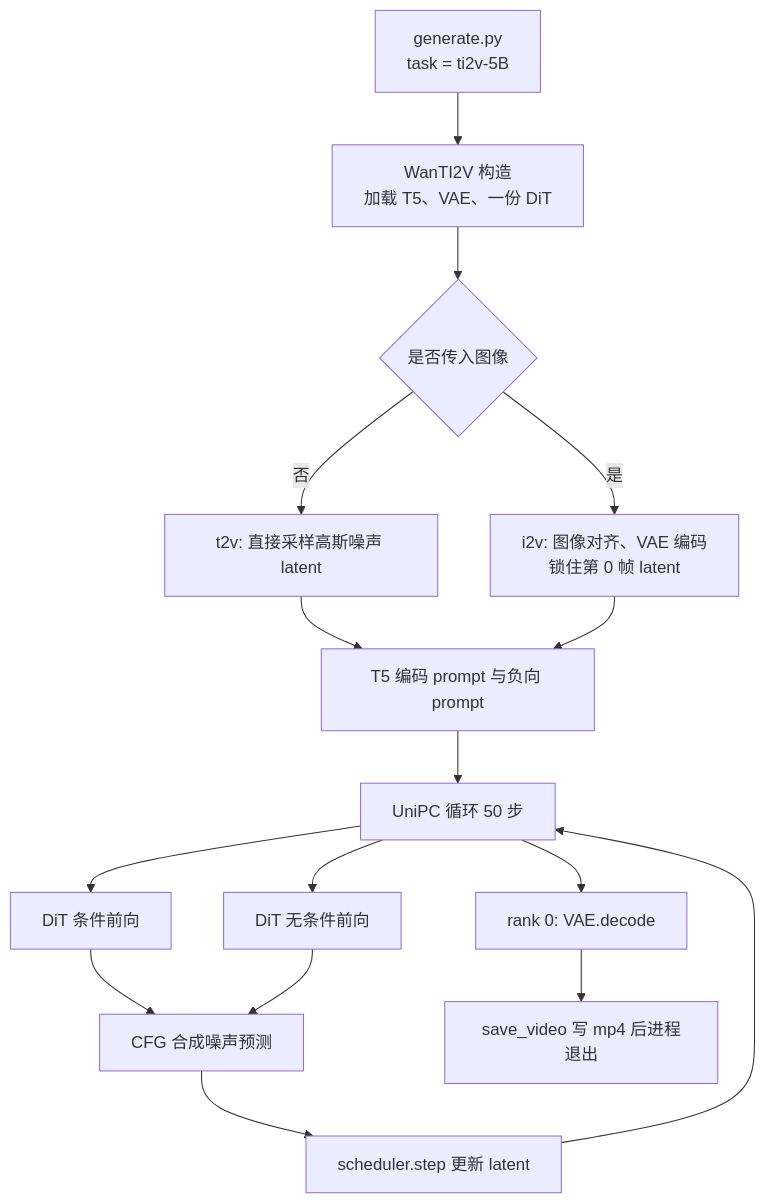
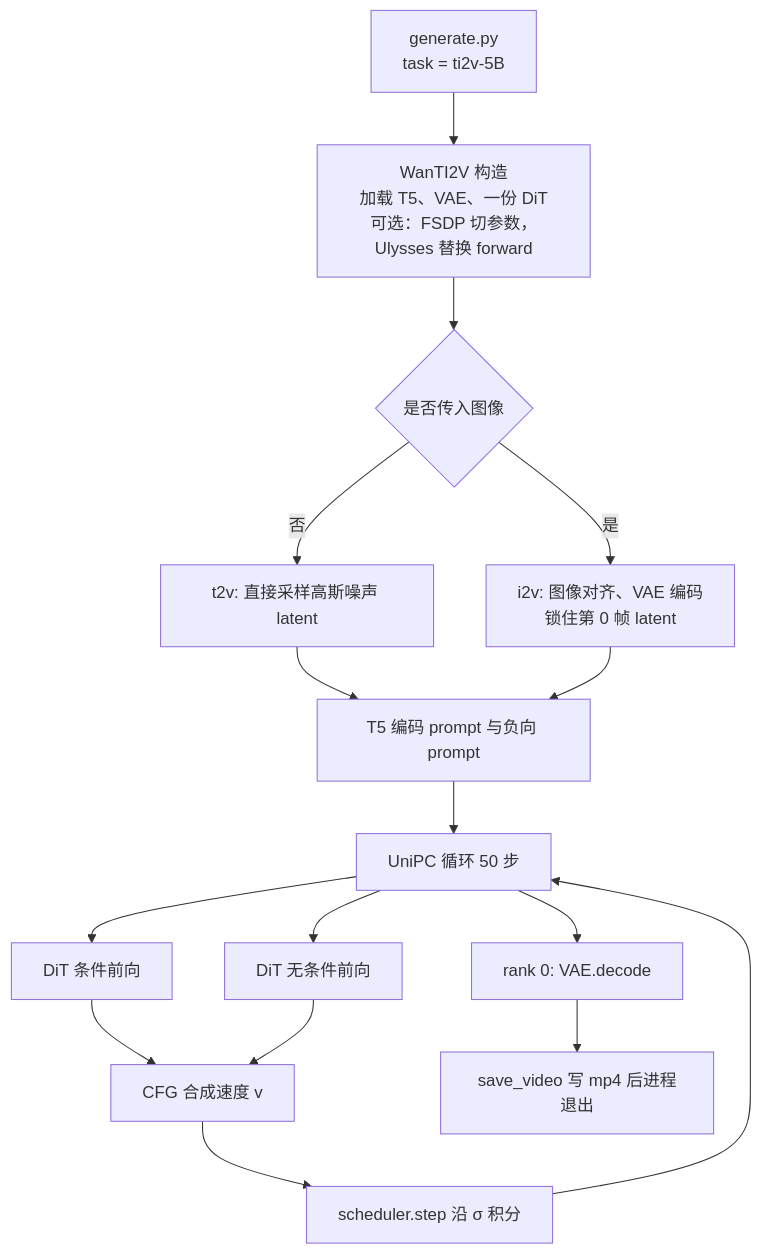
One commit to zhzssp/Wan2.2 changed the diagram in docs/ti2v_5b_inference.md. Above: the diagram before and after it, drawn with Mermaid. The commit also changed other lines of this file and 5 other files, not shown here.

````diff
--- a/docs/ti2v_5b_inference.md
+++ b/docs/ti2v_5b_inference.md
@@ -152,18 +156,18 @@
 ```mermaid
 flowchart TD
-    A["generate.py<br/>task = ti2v-5B"] --> B["WanTI2V 构造<br/>加载 T5、VAE、一份 DiT"]
+    A["generate.py<br/>task = ti2v-5B"] --> B["WanTI2V 构造<br/>加载 T5、VAE、一份 DiT<br/>可选：FSDP 切参数，Ulysses 替换 forward"]
     B --> C{"是否传入图像"}
     C -->|否| D["t2v: 直接采样高斯噪声 latent"]
     C -->|是| E["i2v: 图像对齐、VAE 编码<br/>锁住第 0 帧 latent"]
     D --> F["T5 编码 prompt 与负向 prompt"]
     E --> F
     F --> G["UniPC 循环 50 步"]
     G --> H["DiT 条件前向"]
     G --> I["DiT 无条件前向"]
-    H --> J["CFG 合成噪声预测"]
+    H --> J["CFG 合成速度 v"]
     I --> J
-    J --> K["scheduler.step 更新 latent"]
+    J --> K["scheduler.step 沿 σ 积分"]
     K --> G
     G --> L["rank 0: VAE.decode"]
     L --> M["save_video 写 mp4 后进程退出"]
 ```
````
